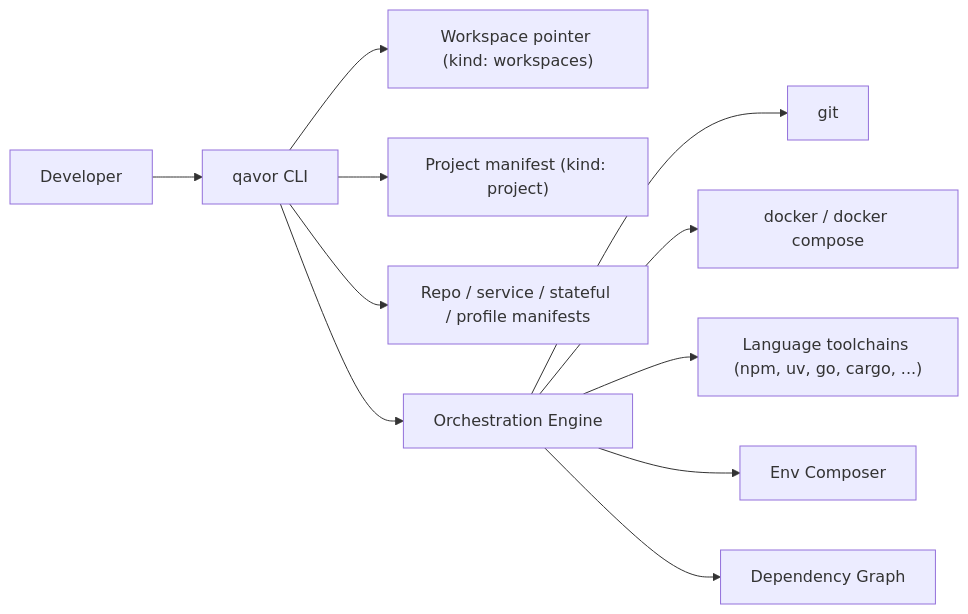
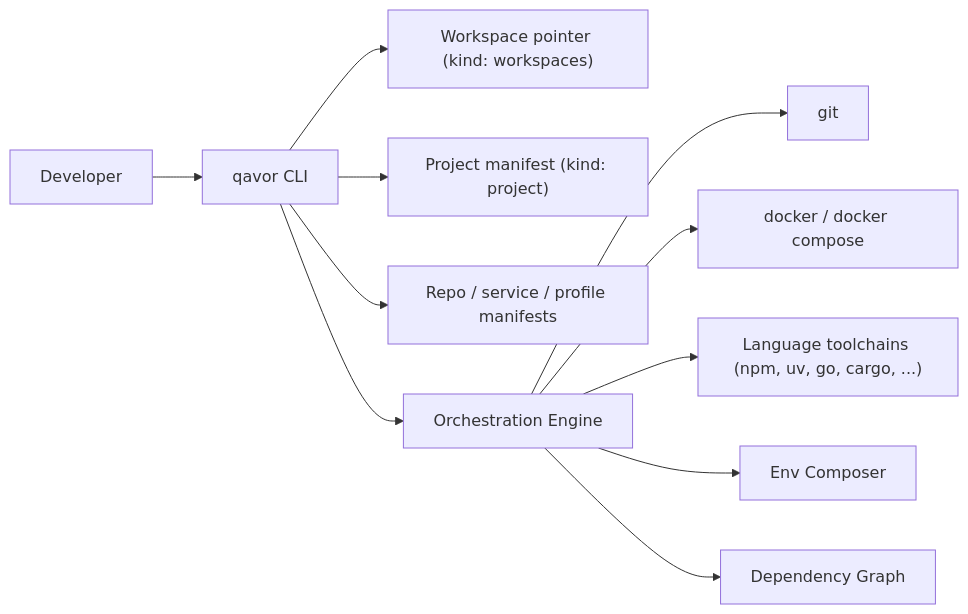
The diagram in docs/proposal.md (rubenhak/qavor), drawn with Mermaid before and after one commit. The commit also changed other lines of this file and 27 other files, not shown here.

First line of the commit message:
manifest: merge kind:stateful into kind:service (#3)

````diff
--- a/docs/proposal.md
+++ b/docs/proposal.md
@@ -40,13 +40,13 @@
 ```mermaid
 flowchart LR
     User[Developer] --> CLI[qavor CLI]
     CLI --> Workspace["Workspace pointer (kind: workspaces)"]
     CLI --> Project["Project manifest (kind: project)"]
-    CLI --> RepoCfg["Repo / service / stateful / profile manifests"]
+    CLI --> RepoCfg["Repo / service / profile manifests"]
     CLI --> Engine[Orchestration Engine]
     Engine --> Git[git]
     Engine --> Docker["docker / docker compose"]
     Engine --> Lang["Language toolchains (npm, uv, go, cargo, ...)"]
     Engine --> EnvLayer[Env Composer]
     Engine --> Graph[Dependency Graph]
 ```
````
